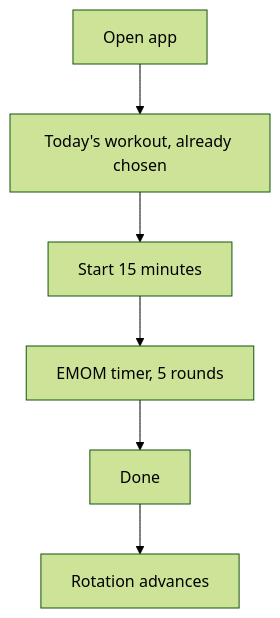
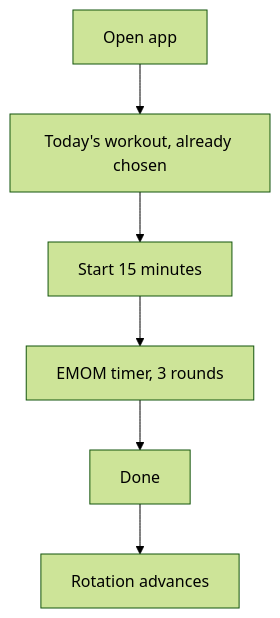
One commit to mcarruth/morning-3-plus-15 changed the diagram in SPEC.md. Above: the diagram before and after it, drawn with Mermaid (forest theme). The commit also changed other lines of this file and 7 other files, not shown here.

````diff
--- a/SPEC.md
+++ b/SPEC.md
@@ -51,8 +51,8 @@
 ```mermaid
 flowchart TD
     A["Open app"] --> B["Today's workout, already chosen"]
     B --> C["Start 15 minutes"]
-    C --> D["EMOM timer, 5 rounds"]
+    C --> D["EMOM timer, 3 rounds"]
     D --> E["Done"]
     E --> F["Rotation advances"]
 ```
````
